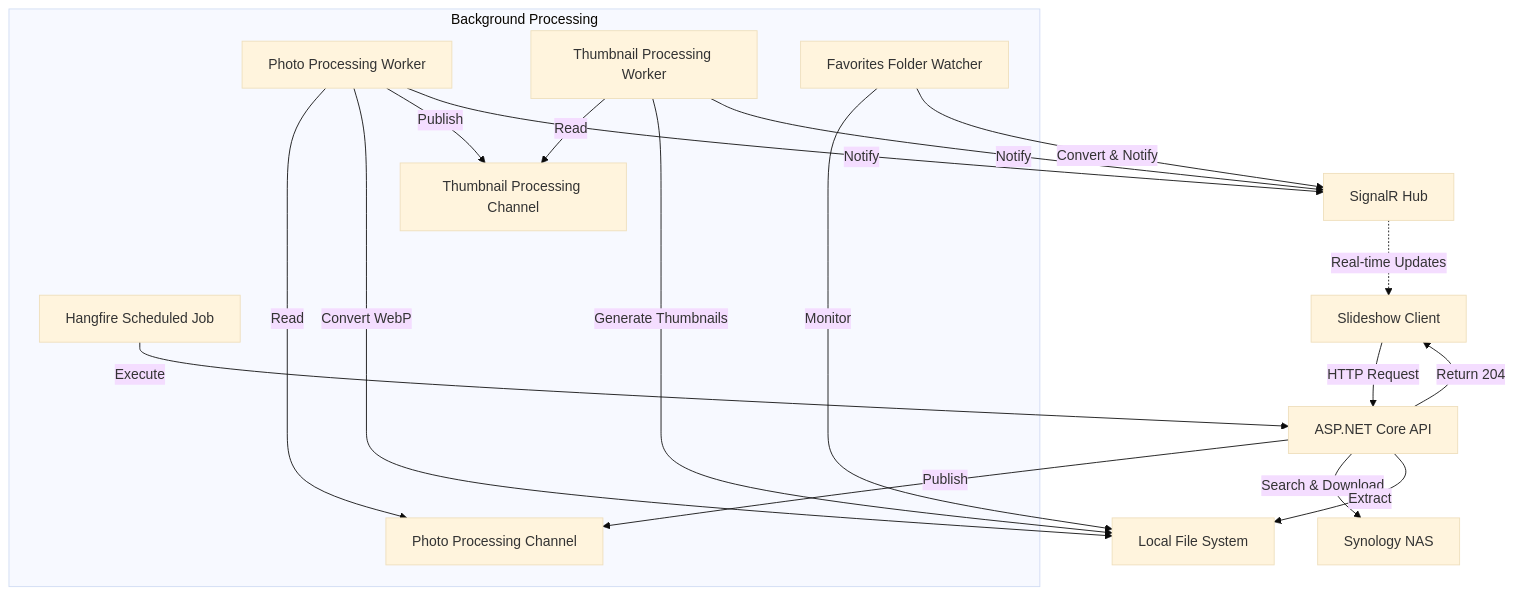
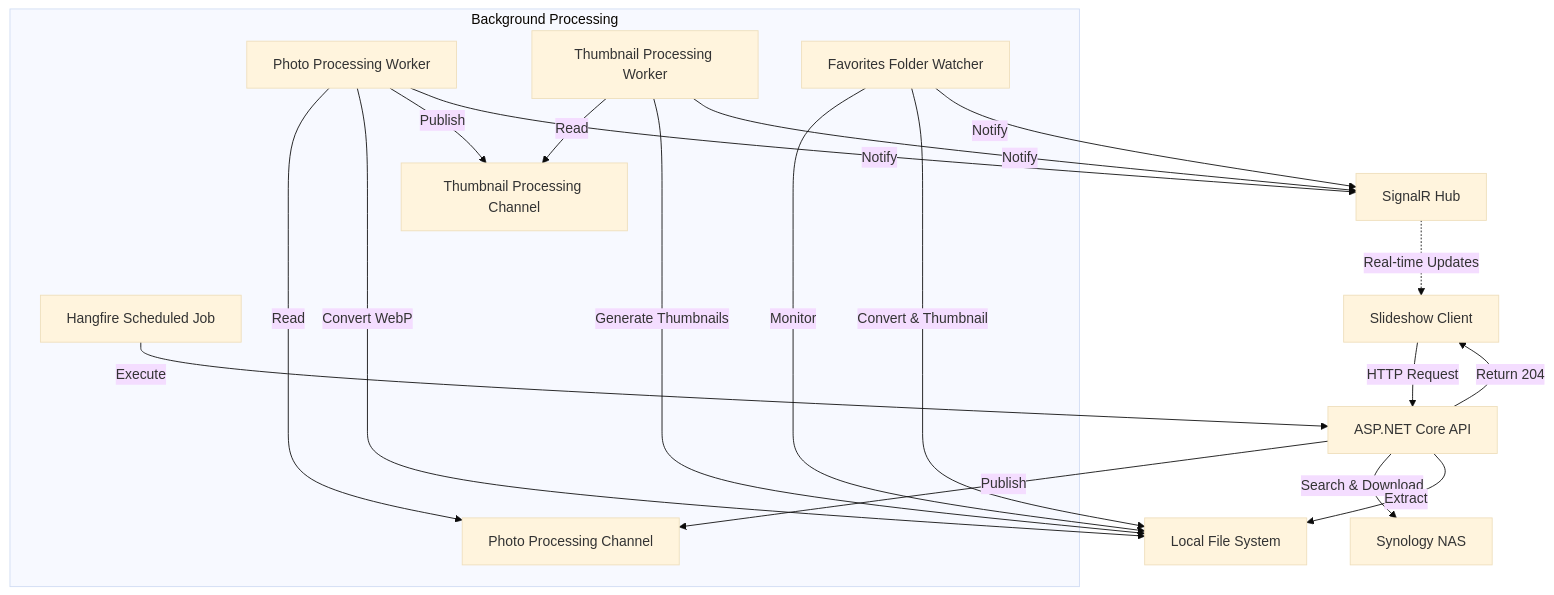
One commit to esausilva/synology-photos-slideshow-api changed the diagram in README.md. Above: the diagram before and after it, drawn with Mermaid (base theme). The commit also changed 1 other file, not shown here.

Commit message:
Update Architecture Documentation for Favorites Folder Watcher
- Add Favorites Folder Watcher to system architecture diagrams in README and docs

- Add new call flow sequence diagram for Favorites Folder Watcher to docs/architecture.md

````diff
--- a/README.md
+++ b/README.md
@@ -47,38 +47,39 @@
 ```mermaid
 graph TD
     Client[Slideshow Client]
     API[ASP.NET Core API]
     NAS[Synology NAS]
     FS[Local File System]
     SignalR[SignalR Hub]
 
     subgraph Background Processing
         PhotoChannel[Photo Processing Channel]
         ThumbChannel[Thumbnail Processing Channel]
         PhotoWorker[Photo Processing Worker]
         ThumbWorker[Thumbnail Processing Worker]
         FavWorker[Favorites Folder Watcher]
         Hangfire[Hangfire Scheduled Job]
     end
 
     Client -->|HTTP Request| API
     API -->|Search & Download| NAS
     API -->|Extract| FS
     API -->|Publish| PhotoChannel
     API -->|Return 204| Client
 
     FavWorker -->|Monitor| FS
-    FavWorker -->|Convert & Notify| SignalR
+    FavWorker -->|Convert & Thumbnail| FS
+    FavWorker -->|Notify| SignalR
 
     PhotoWorker -->|Read| PhotoChannel
     PhotoWorker -->|Convert WebP| FS
     PhotoWorker -->|Publish| ThumbChannel
     PhotoWorker -->|Notify| SignalR
 
     ThumbWorker -->|Read| ThumbChannel
     ThumbWorker -->|Generate Thumbnails| FS
     ThumbWorker -->|Notify| SignalR
 
     Hangfire -->|Execute| API
     SignalR -.->|Real-time Updates| Client
 ```
````
